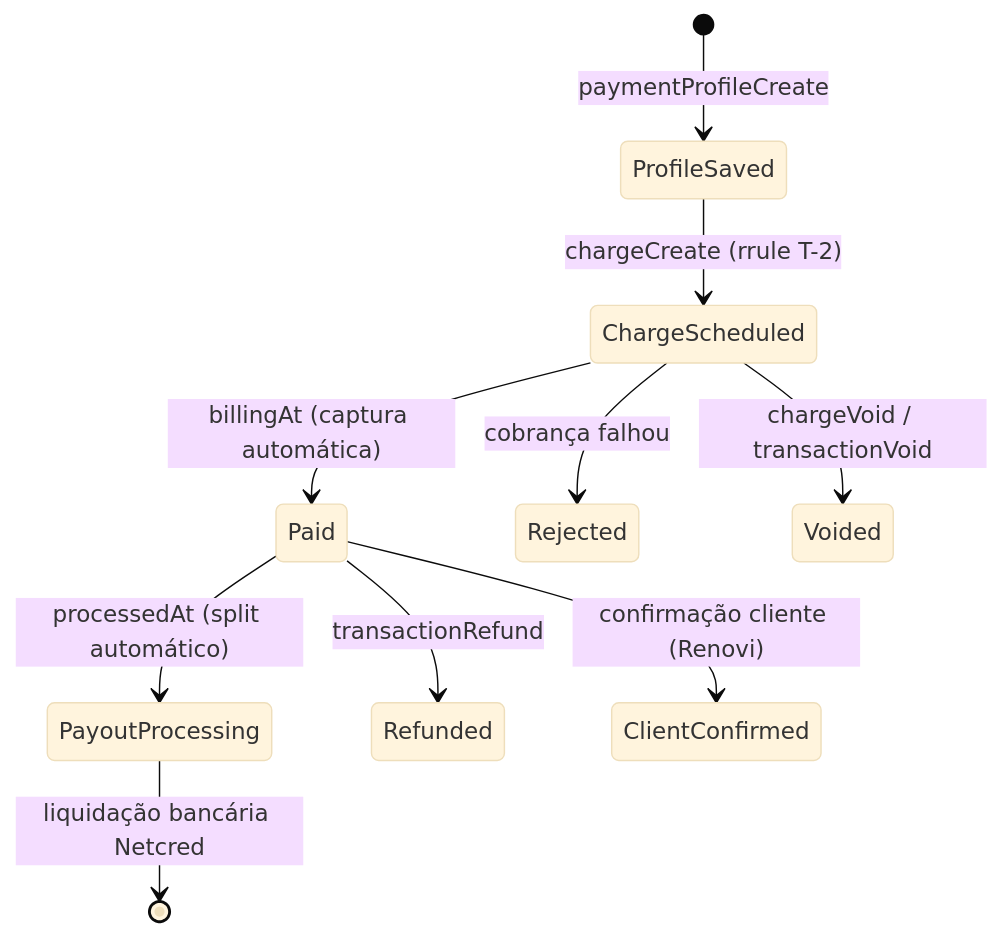
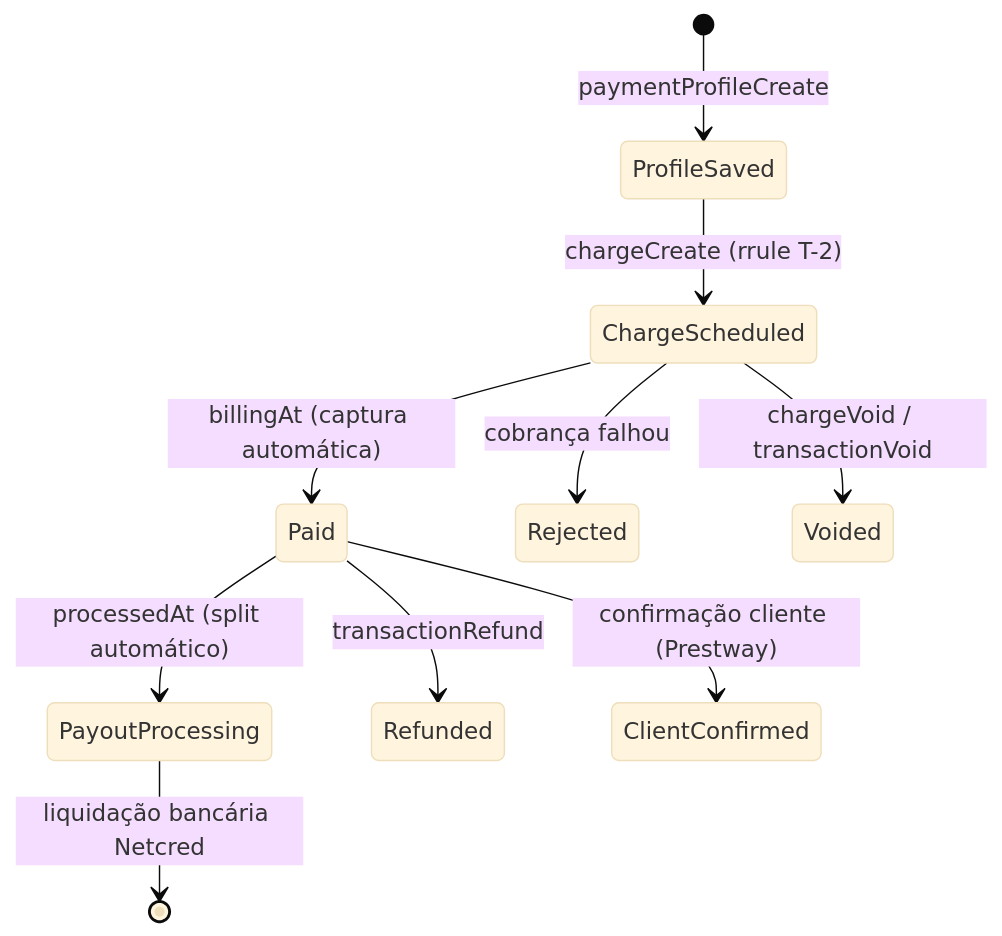
One commit to higorpo/renovi-orbit-test changed the second of 4 diagrams in docs/payment-system/payments-api.md. Above: the diagram before and after it, drawn with Mermaid (base theme). The commit also changed other lines of this file and 188 other files, not shown here.

First line of the commit message:
Update branding from Renovi to Prestway across documentation and configuration files

````diff
--- a/docs/payment-system/payments-api.md
+++ b/docs/payment-system/payments-api.md
@@ -490,12 +490,12 @@
 ```mermaid
 stateDiagram-v2
   [*] --> ProfileSaved: paymentProfileCreate
   ProfileSaved --> ChargeScheduled: chargeCreate (rrule T-2)
   ChargeScheduled --> Paid: billingAt (captura automática)
   ChargeScheduled --> Rejected: cobrança falhou
   ChargeScheduled --> Voided: chargeVoid / transactionVoid
   Paid --> PayoutProcessing: processedAt (split automático)
   PayoutProcessing --> [*]: liquidação bancária Netcred
   Paid --> Refunded: transactionRefund
-  Paid --> ClientConfirmed: confirmação cliente (Renovi)
+  Paid --> ClientConfirmed: confirmação cliente (Prestway)
 ```
````
